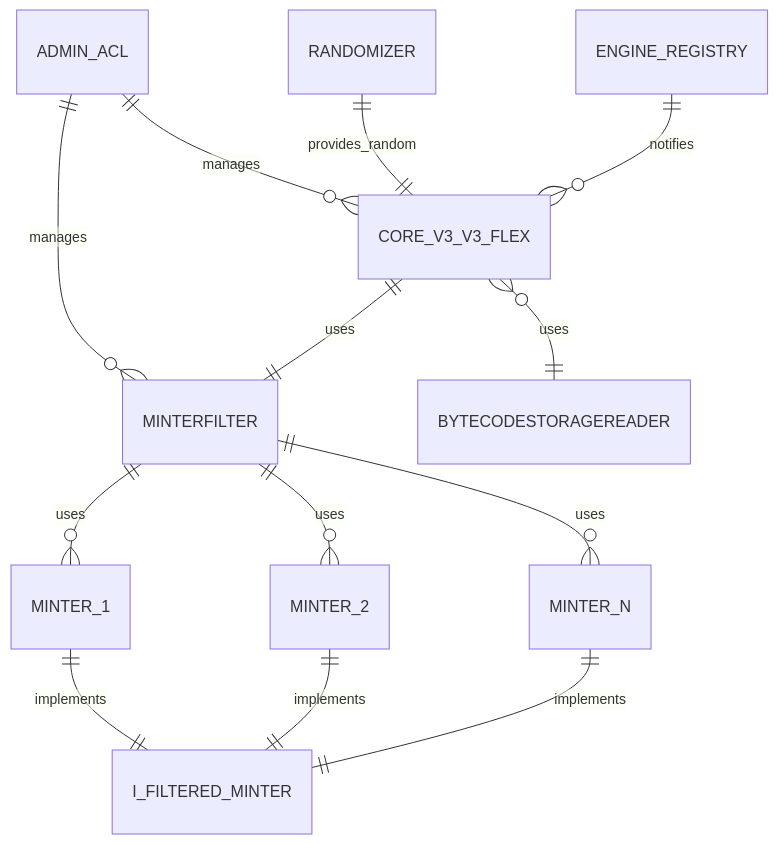
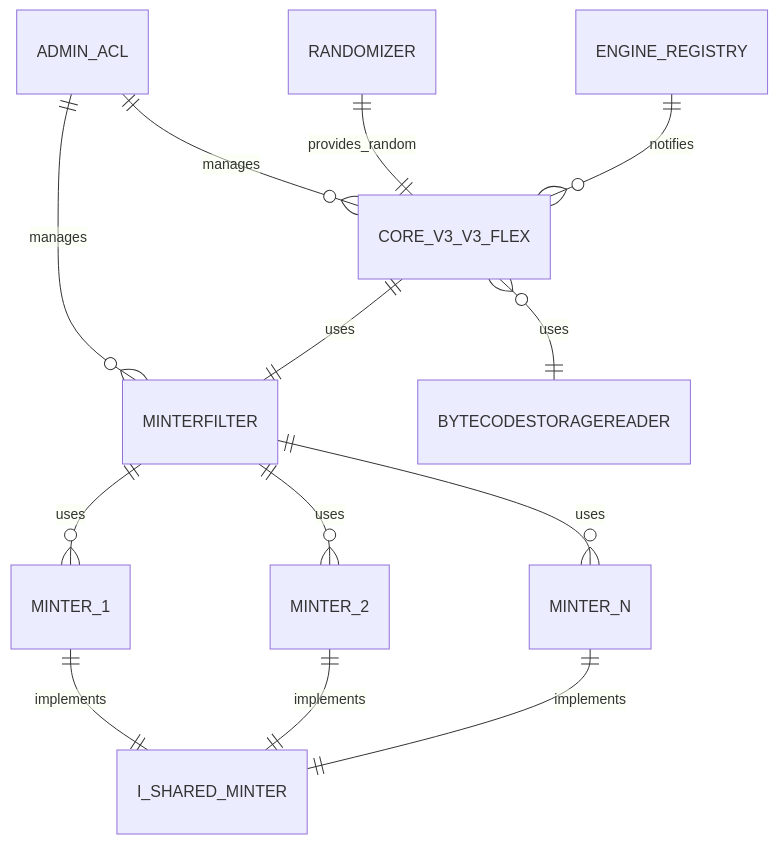
Before and after one commit to void-smith660/artblocks-contracts: the diagram in packages/contracts/README.md, drawn with Mermaid. The commit also changed other lines of this file and 6 other files, not shown here.

Commit message:
update documentation with new shared minter suite updates

````diff
--- a/packages/contracts/README.md
+++ b/packages/contracts/README.md
@@ -68,15 +68,15 @@
 ```mermaid
 erDiagram
     ADMIN_ACL ||--o{ CORE_V3_V3_FLEX : manages
     ADMIN_ACL ||--o{ MINTERFILTER : manages
     CORE_V3_V3_FLEX ||--|| MINTERFILTER : uses
     CORE_V3_V3_FLEX }o--|| BYTECODESTORAGEREADER : uses
     MINTERFILTER ||--o{ MINTER_1 : uses
     MINTERFILTER ||--o{ MINTER_2 : uses
     MINTERFILTER ||--o{ MINTER_N : uses
-    MINTER_1 ||--|| I_FILTERED_MINTER : implements
-    MINTER_2 ||--|| I_FILTERED_MINTER : implements
-    MINTER_N ||--|| I_FILTERED_MINTER : implements
+    MINTER_1 ||--|| I_SHARED_MINTER : implements
+    MINTER_2 ||--|| I_SHARED_MINTER : implements
+    MINTER_N ||--|| I_SHARED_MINTER : implements
     RANDOMIZER ||--|| CORE_V3_V3_FLEX : provides_random
     ENGINE_REGISTRY ||--o{ CORE_V3_V3_FLEX : notifies
 ```
````
